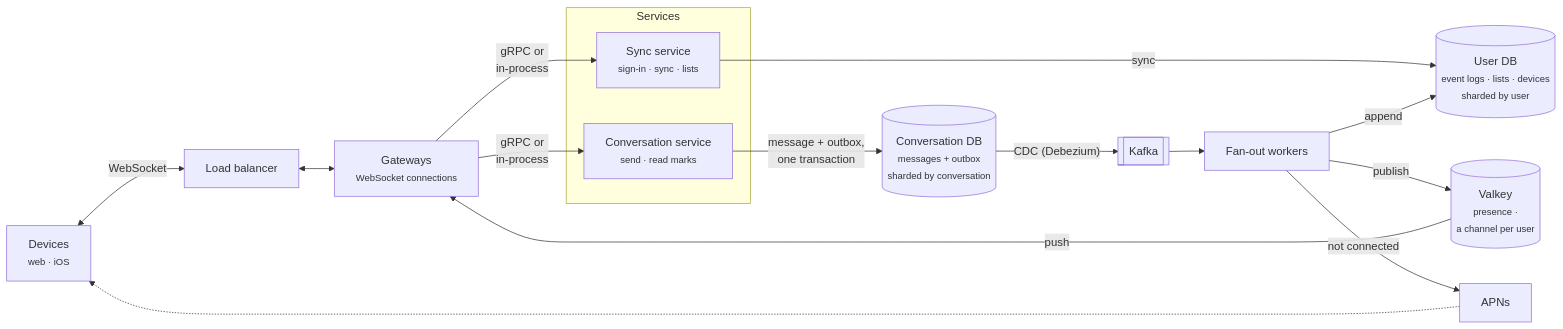
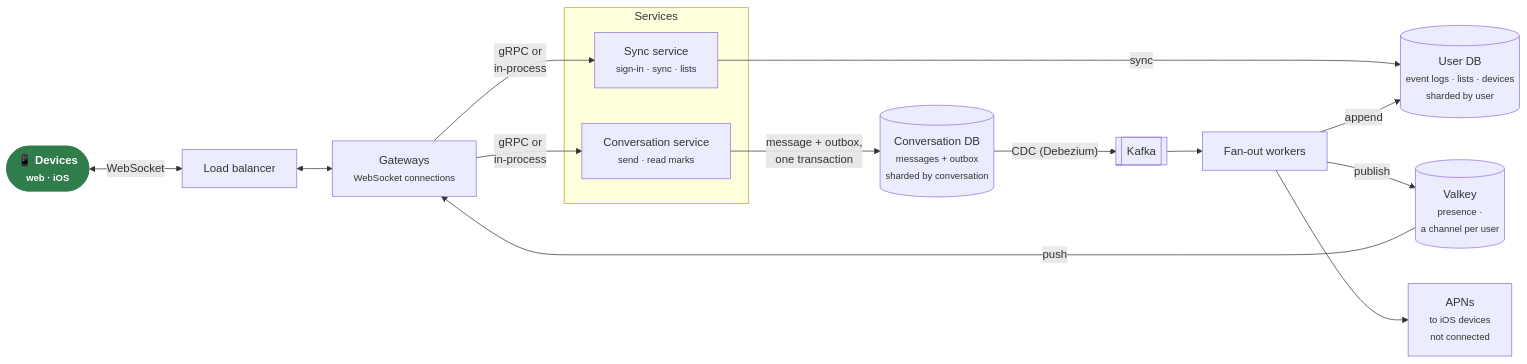
Before and after one commit to vlumi/wrinkle: the diagram in README.md, drawn with Mermaid.

Commit message:
README: the diagram starts from the devices, on the main line

````diff
--- a/README.md
+++ b/README.md
@@ -19,27 +19,29 @@
 ```mermaid
 flowchart LR
-  devices["Devices<br/><small>web · iOS</small>"]
+  devices(["📱 Devices<br/><small>web · iOS</small>"])
   lb["Load balancer"]
   gw["Gateways<br/><small>WebSocket connections</small>"]
   subgraph services ["Services"]
     conv["Conversation service<br/><small>send · read marks</small>"]
     sync["Sync service<br/><small>sign-in · sync · lists</small>"]
   end
   convdb[("Conversation DB<br/><small>messages + outbox<br/>sharded by conversation</small>")]
   userdb[("User DB<br/><small>event logs · lists · devices<br/>sharded by user</small>")]
   kafka[["Kafka"]]
   fanout["Fan-out workers"]
   valkey[("Valkey<br/><small>presence ·<br/>a channel per user</small>")]
-  apns["APNs"]
+  apns["APNs<br/><small>to iOS devices<br/>not connected</small>"]
 
   devices <-- "WebSocket" --> lb <--> gw
   gw -- "gRPC or<br/>in-process" --> conv & sync
   conv -- "message + outbox,<br/>one transaction" --> convdb
   sync -- "sync" --> userdb
   convdb -- "CDC (Debezium)" --> kafka --> fanout
   fanout -- "append" --> userdb
   fanout -- "publish" --> valkey
   valkey -- "push" --> gw
-  fanout -- "not connected" --> apns
-  apns -.-> devices
+  fanout --> apns
+
+  classDef user fill:#2f7d4a,stroke:#2f7d4a,color:#fff,font-weight:bold
+  class devices user
 ```
````
